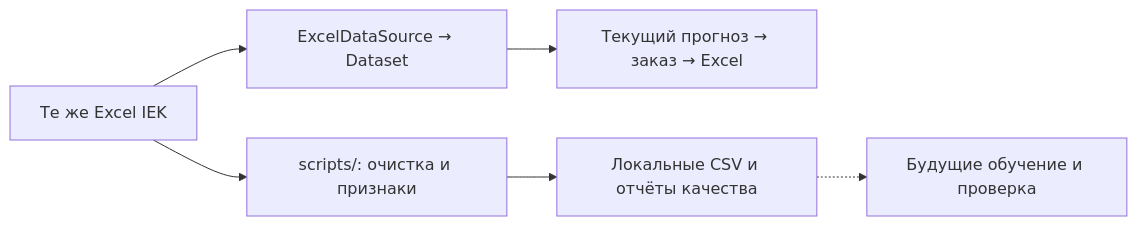
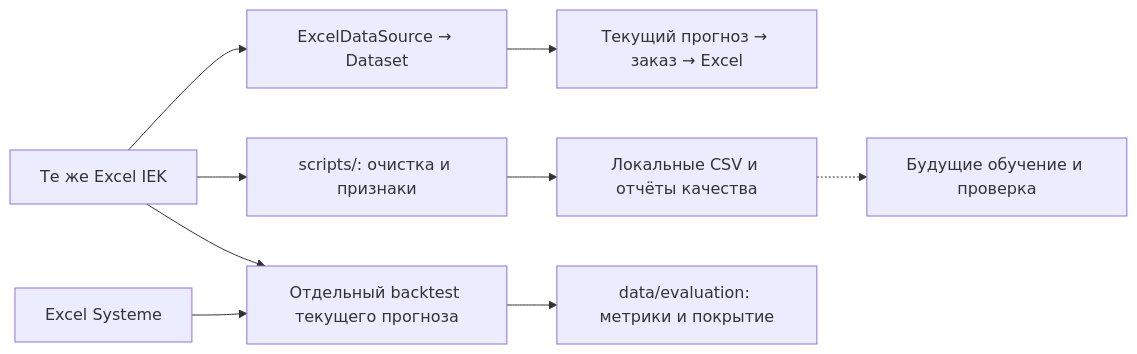
Before and after one commit to BAITC-Hacks/hack-a84ff6d0-hubtech: the diagram in docs/АУДИТ_ВЕТКИ_ALISH.md, drawn with Mermaid. The commit also changed other lines of this file and 120 other files, not shown here.

````diff
--- a/docs/АУДИТ_ВЕТКИ_ALISH.md
+++ b/docs/АУДИТ_ВЕТКИ_ALISH.md
@@ -71,8 +75,11 @@
 ```mermaid
 flowchart LR
     X["Те же Excel IEK"] --> R["ExcelDataSource → Dataset"]
     R --> O["Текущий прогноз → заказ → Excel"]
     X --> P["scripts/: очистка и признаки"]
     P --> A["Локальные CSV и отчёты качества"]
     A -.-> F["Будущие обучение и проверка"]
+    X --> B["Отдельный backtest текущего прогноза"]
+    S["Excel Systeme"] --> B
+    B --> E["data/evaluation: метрики и покрытие"]
 ```
````
